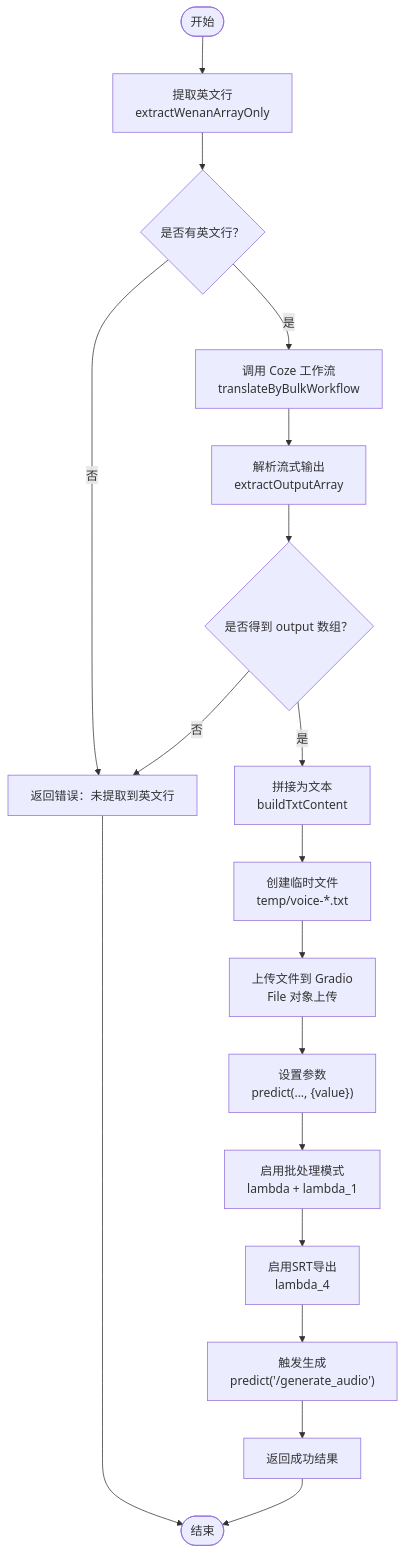
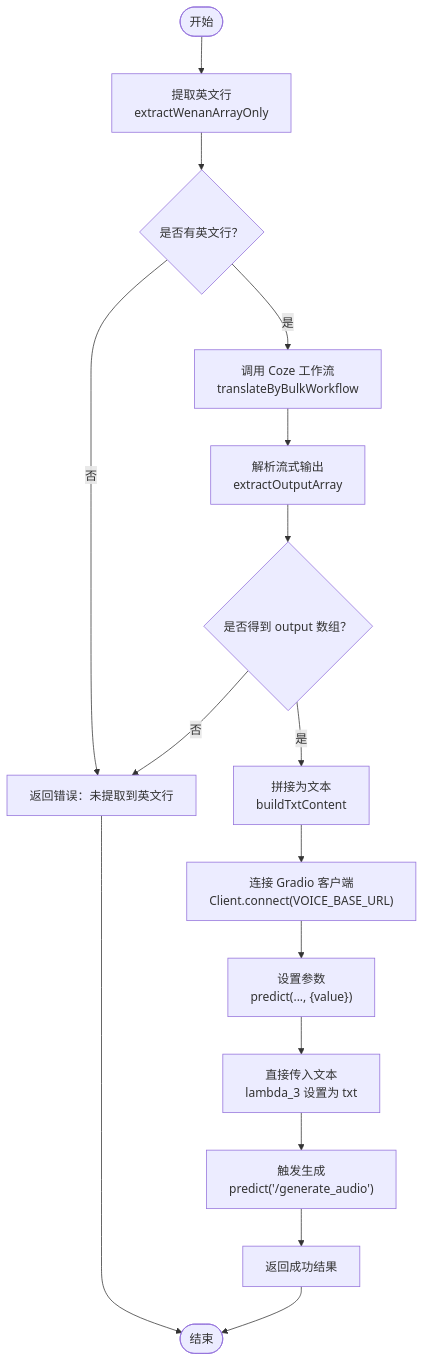
One commit to hanksd769-droid/sailshub changed the third of 4 diagrams in .qoder/repowiki/zh/content/语音生成系统.md. Above: the diagram before and after it, drawn with Mermaid. The commit also changed other lines of this file and 5 other files, not shown here.

````diff
--- a/.qoder/repowiki/zh/content/语音生成系统.md
+++ b/.qoder/repowiki/zh/content/语音生成系统.md
@@ -200,20 +205,18 @@
 ```mermaid
 flowchart TD
 Start(["开始"]) --> Extract["提取英文行<br/>extractWenanArrayOnly"]
 Extract --> HasLines{"是否有英文行？"}
 HasLines -- 否 --> Err["返回错误：未提取到英文行"]
 HasLines -- 是 --> Translate["调用 Coze 工作流<br/>translateByBulkWorkflow"]
 Translate --> Parse["解析流式输出<br/>extractOutputArray"]
 Parse --> GotOutput{"是否得到 output 数组？"}
 GotOutput -- 否 --> Err
 GotOutput -- 是 --> BuildTxt["拼接为文本<br/>buildTxtContent"]
-BuildTxt --> CreateTemp["创建临时文件<br/>temp/voice-*.txt"]
-CreateTemp --> UploadFile["上传文件到 Gradio<br/>File 对象上传"]
-UploadFile --> SetParams["设置参数<br/>predict(..., {value})"]
-SetParams --> EnableBatch["启用批处理模式<br/>lambda + lambda_1"]
-EnableBatch --> EnableSRT["启用SRT导出<br/>lambda_4"]
-EnableSRT --> Generate["触发生成<br/>predict('/generate_audio')"]
+BuildTxt --> ConnectGradio["连接 Gradio 客户端<br/>Client.connect(VOICE_BASE_URL)"]
+ConnectGradio --> SetParams["设置参数<br/>predict(..., {value})"]
+SetParams --> DirectText["直接传入文本<br/>lambda_3 设置为 txt"]
+DirectText --> Generate["触发生成<br/>predict('/generate_audio')"]
 Generate --> Success["返回成功结果"]
 Success --> Done(["结束"])
 Err --> Done
 ```
````
